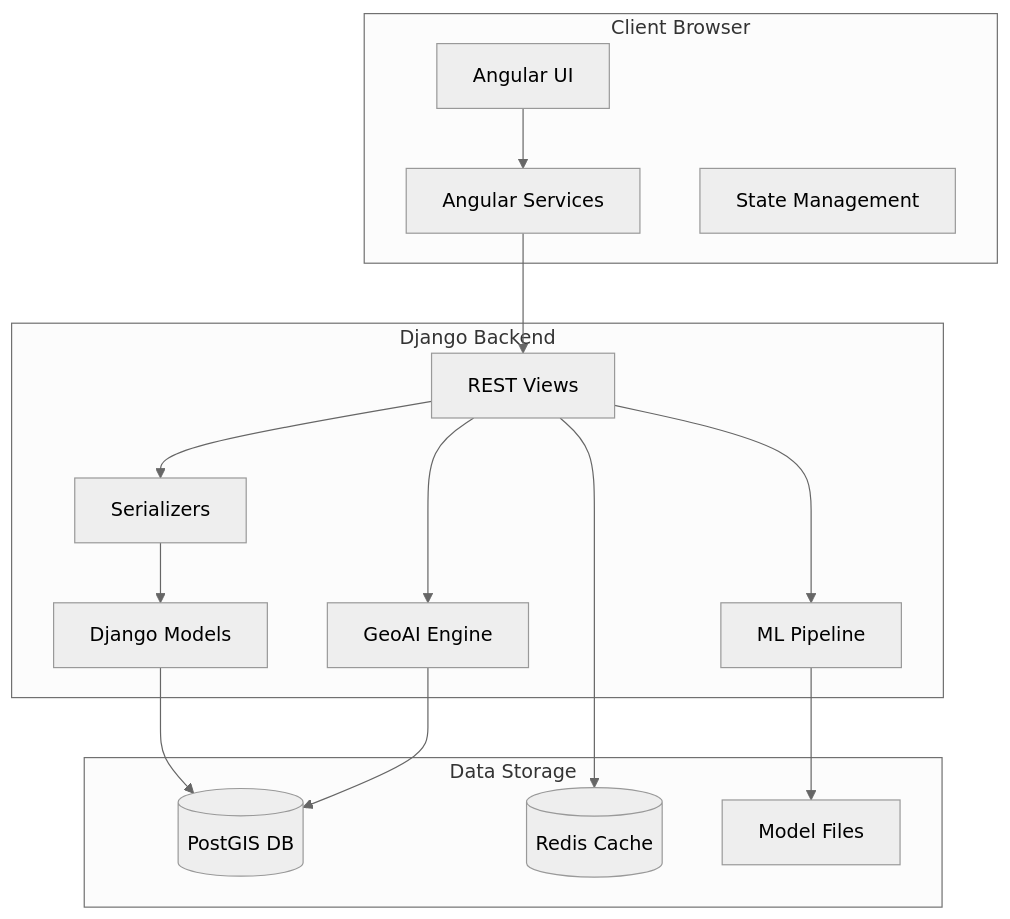
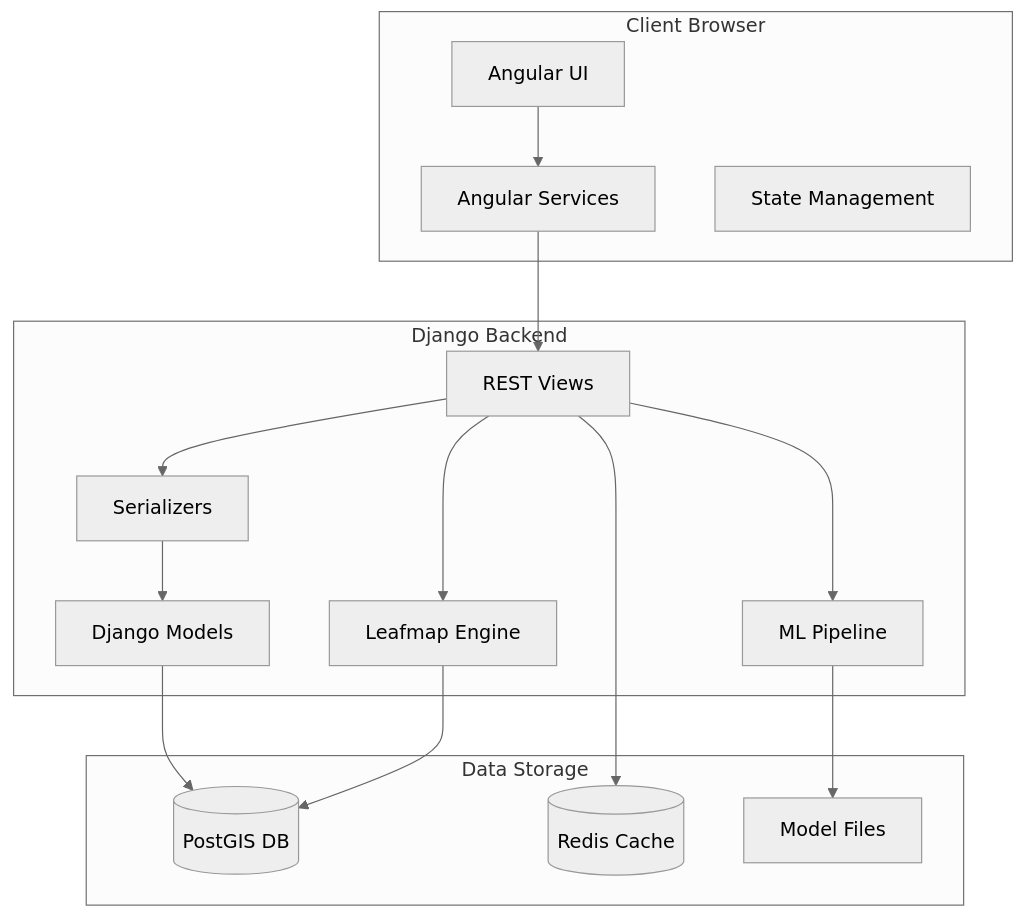
One commit to Filuuus/IBM-summer-experience-26 changed the first of 4 diagrams in ARCHITECTURE.md. Above: the diagram before and after it, drawn with Mermaid (neutral theme). The commit also changed other lines of this file and 10 other files, not shown here.

````diff
--- a/ARCHITECTURE.md
+++ b/ARCHITECTURE.md
@@ -89,33 +89,33 @@
 ```mermaid
 graph TB
     subgraph Client["Client Browser"]
         UI[Angular UI]
         Services[Angular Services]
         State[State Management]
     end
     
     subgraph API["Django Backend"]
         Views[REST Views]
         Serializers[Serializers]
         Models[Django Models]
         ML[ML Pipeline]
-        GeoAI[GeoAI Engine]
+        Leafmap[Leafmap Engine]
     end
     
     subgraph Data["Data Storage"]
         DB[(PostGIS DB)]
         Cache[(Redis Cache)]
         Files[Model Files]
     end
     
     UI --> Services
     Services --> Views
     Views --> Serializers
     Serializers --> Models
     Models --> DB
     Views --> ML
-    Views --> GeoAI
+    Views --> Leafmap
     ML --> Files
-    GeoAI --> DB
+    Leafmap --> DB
     Views --> Cache
 ```
````
